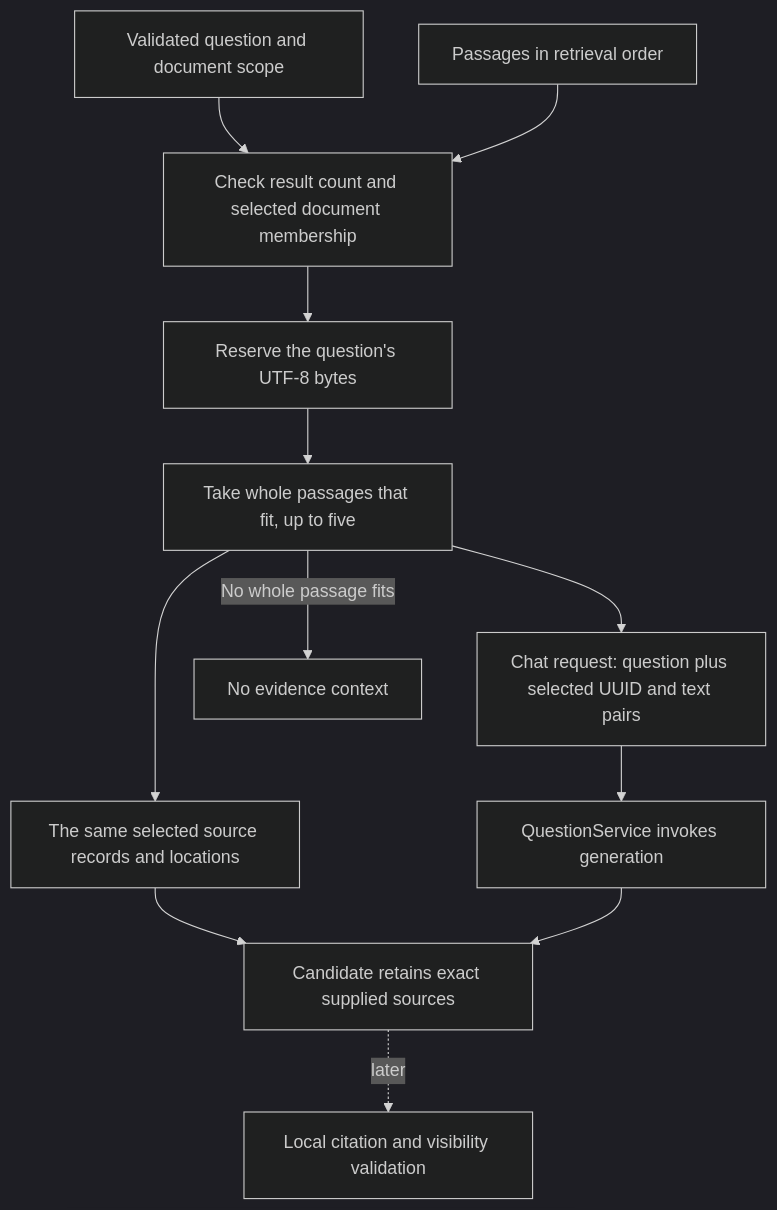
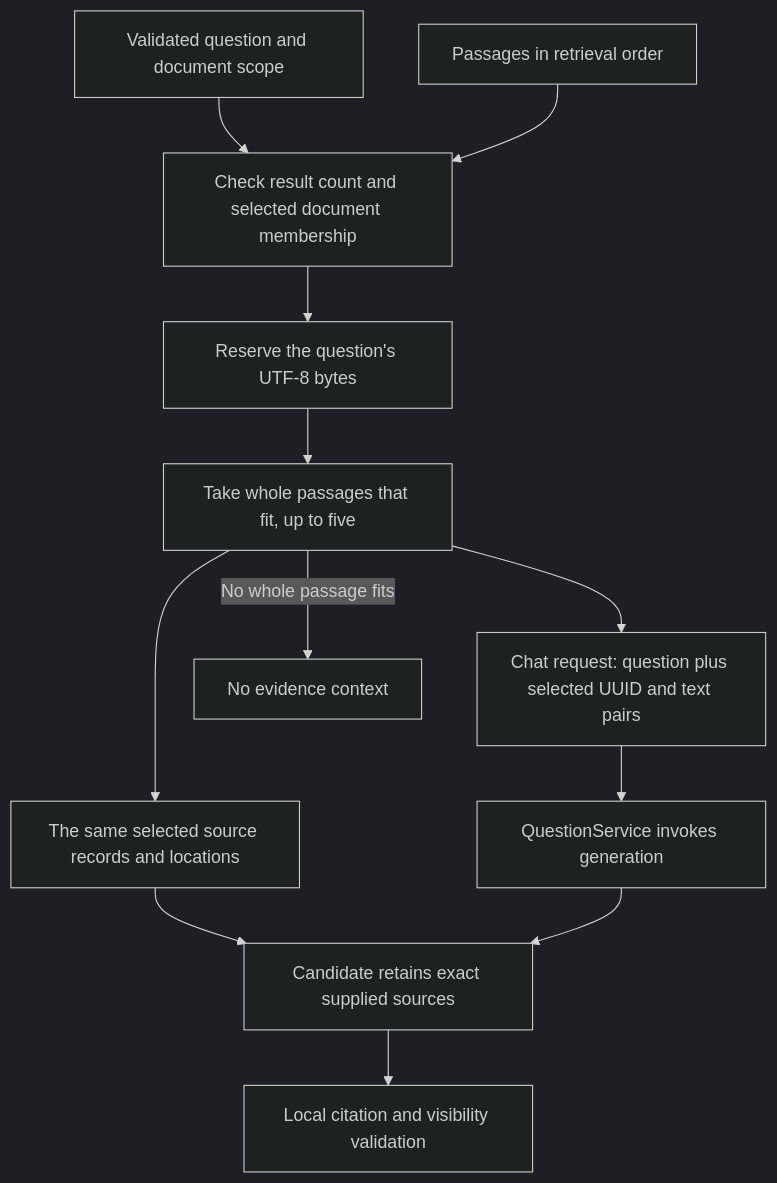
One commit to FarukValjevac/SecondBrain changed diagram 26 of 31 in .learnigns/embedding-contract-guide.md. Above: the diagram before and after it, drawn with Mermaid (dark theme). The commit also changed other lines of this file and 15 other files, not shown here.

````diff
--- a/.learnigns/embedding-contract-guide.md
+++ b/.learnigns/embedding-contract-guide.md
@@ -1270,14 +1270,14 @@
 ```mermaid
 flowchart TD
     Query[Validated question and document scope] --> Check[Check result count and selected document membership]
     Results[Passages in retrieval order] --> Check
     Check --> Budget[Reserve the question's UTF-8 bytes]
     Budget --> Select[Take whole passages that fit, up to five]
     Select --> Request[Chat request: question plus selected UUID and text pairs]
     Select --> Sources[The same selected source records and locations]
     Select -->|No whole passage fits| Empty[No evidence context]
     Request --> Generation[QuestionService invokes generation]
     Sources --> Candidate[Candidate retains exact supplied sources]
     Generation --> Candidate
-    Candidate -. later .-> Validation[Local citation and visibility validation]
+    Candidate --> Validation[Local citation and visibility validation]
 ```
````
